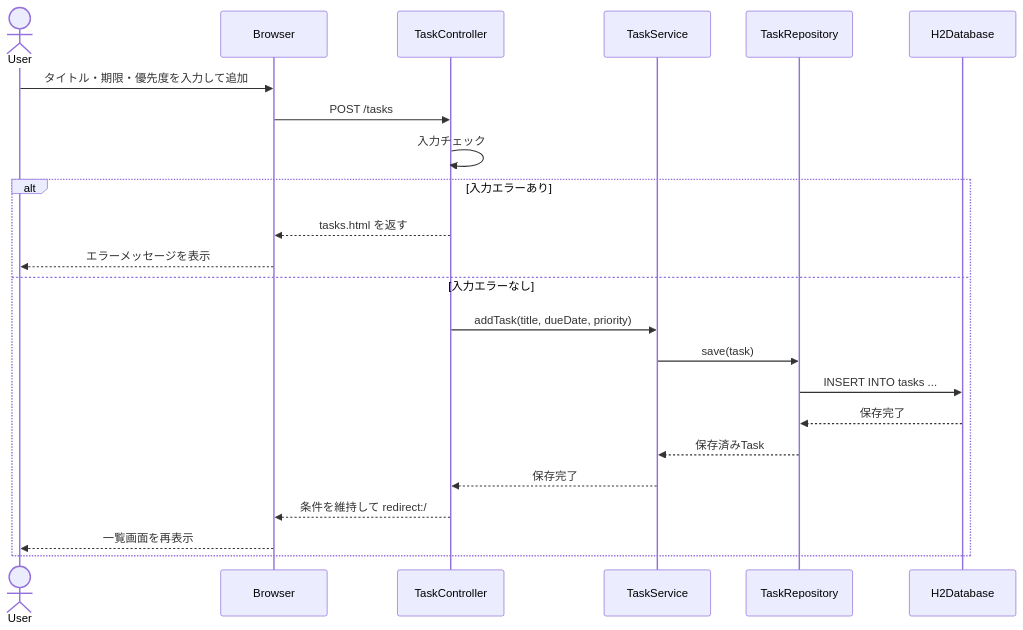
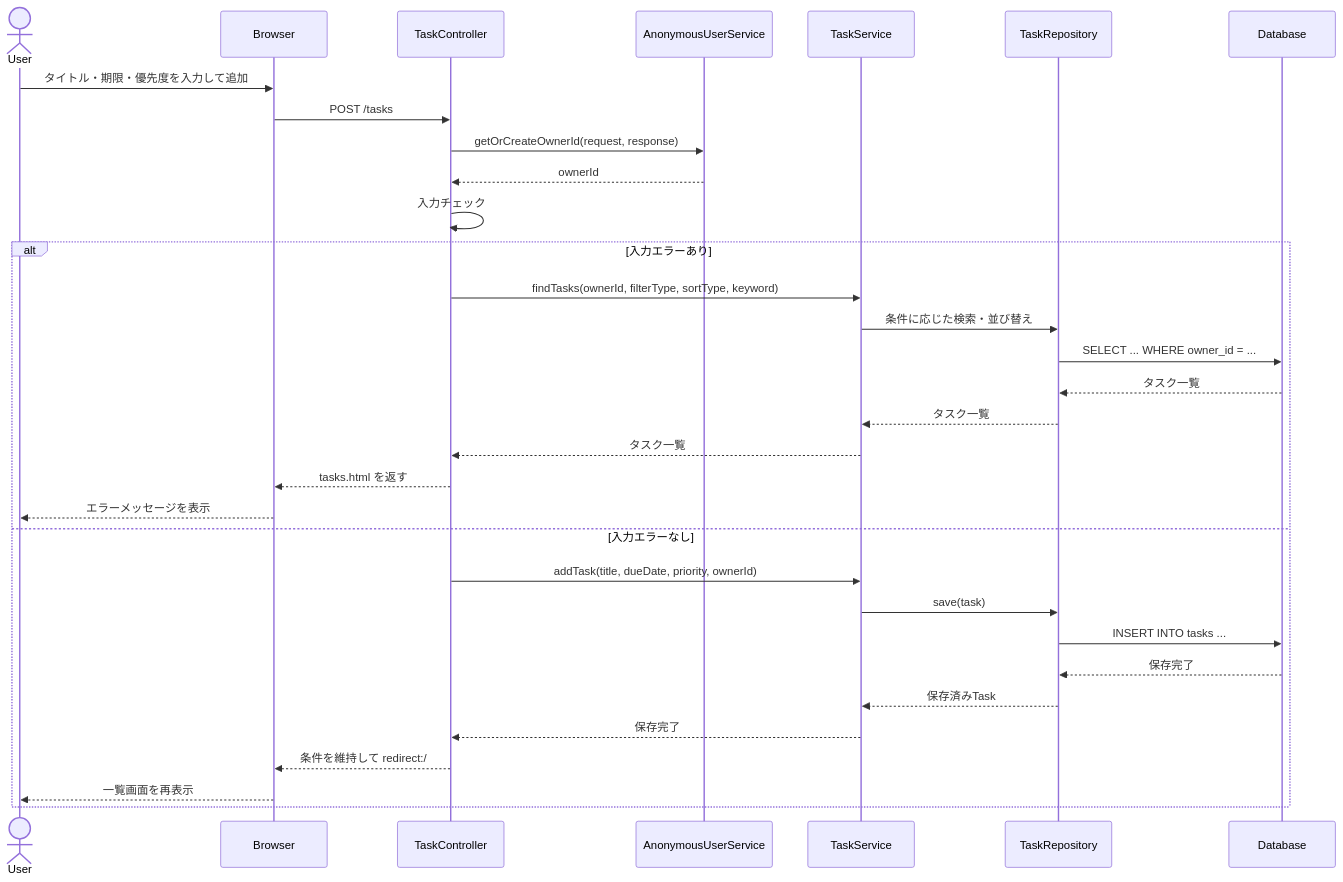
The second of 4 diagrams in README.md (mkunori/TaskList), drawn with Mermaid before and after one commit. The commit also changed other lines of this file, not shown here.

````diff
--- a/README.md
+++ b/README.md
@@ -183,27 +192,36 @@
 ```mermaid
 sequenceDiagram
     actor User
     participant Browser
     participant TaskController
+    participant AnonymousUserService
     participant TaskService
     participant TaskRepository
-    participant H2Database
+    participant Database
 
     User->>Browser: タイトル・期限・優先度を入力して追加
     Browser->>TaskController: POST /tasks
+    TaskController->>AnonymousUserService: getOrCreateOwnerId(request, response)
+    AnonymousUserService-->>TaskController: ownerId
     TaskController->>TaskController: 入力チェック
 
     alt 入力エラーあり
+        TaskController->>TaskService: findTasks(ownerId, filterType, sortType, keyword)
+        TaskService->>TaskRepository: 条件に応じた検索・並び替え
+        TaskRepository->>Database: SELECT ... WHERE owner_id = ...
+        Database-->>TaskRepository: タスク一覧
+        TaskRepository-->>TaskService: タスク一覧
+        TaskService-->>TaskController: タスク一覧
         TaskController-->>Browser: tasks.html を返す
         Browser-->>User: エラーメッセージを表示
     else 入力エラーなし
-        TaskController->>TaskService: addTask(title, dueDate, priority)
+        TaskController->>TaskService: addTask(title, dueDate, priority, ownerId)
         TaskService->>TaskRepository: save(task)
-        TaskRepository->>H2Database: INSERT INTO tasks ...
-        H2Database-->>TaskRepository: 保存完了
+        TaskRepository->>Database: INSERT INTO tasks ...
+        Database-->>TaskRepository: 保存完了
         TaskRepository-->>TaskService: 保存済みTask
         TaskService-->>TaskController: 保存完了
         TaskController-->>Browser: 条件を維持して redirect:/
         Browser-->>User: 一覧画面を再表示
     end
 ```
````
